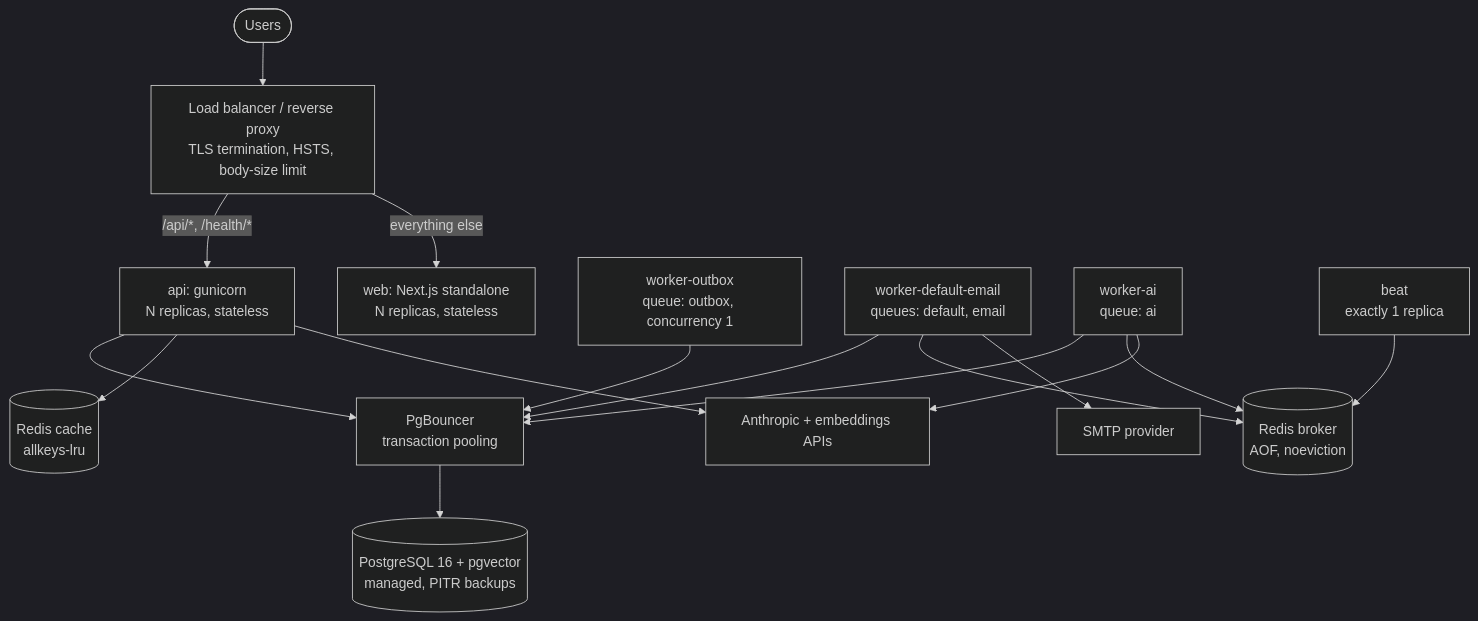
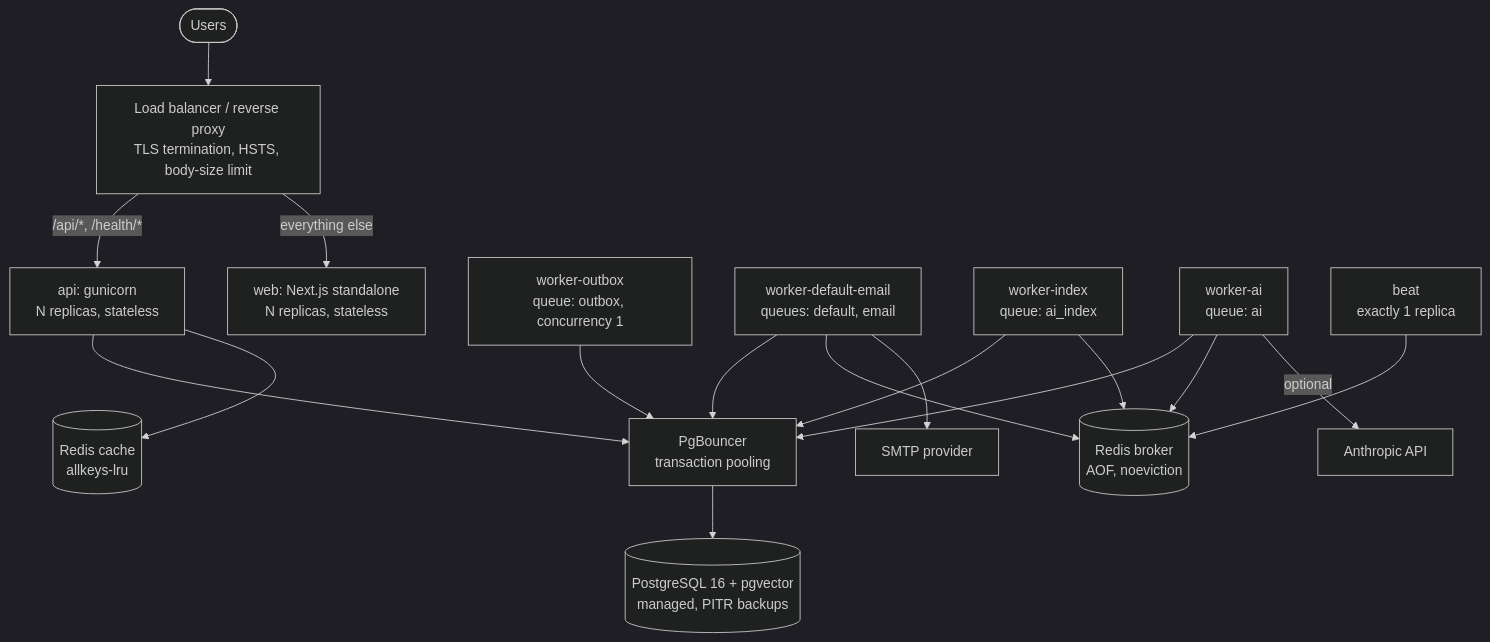
The diagram in docs/deployment.md (Aman03305/Arkray-CRM), drawn with Mermaid (dark theme) before and after one commit. The commit also changed other lines of this file and 267 other files, not shown here.

````diff
--- a/docs/deployment.md
+++ b/docs/deployment.md
@@ -10,17 +14,17 @@
 ```mermaid
 flowchart TB
     U([Users]) --> LB[Load balancer / reverse proxy<br/>TLS termination, HSTS, body-size limit]
     LB -->|/api/*, /health/*| API[api: gunicorn<br/>N replicas, stateless]
     LB -->|everything else| WEB[web: Next.js standalone<br/>N replicas, stateless]
     API --> PGB[PgBouncer<br/>transaction pooling]
     WK0[worker-outbox<br/>queue: outbox, concurrency 1] --> PGB
     WK1[worker-default-email<br/>queues: default, email] --> PGB
+    WK3[worker-index<br/>queue: ai_index] --> PGB
     WK2[worker-ai<br/>queue: ai] --> PGB
     BEAT[beat<br/>exactly 1 replica] --> BR
     PGB --> PG[(PostgreSQL 16 + pgvector<br/>managed, PITR backups)]
     API --> RC[(Redis cache<br/>allkeys-lru)]
-    WK1 & WK2 --> BR[(Redis broker<br/>AOF, noeviction)]
+    WK1 & WK2 & WK3 --> BR[(Redis broker<br/>AOF, noeviction)]
     WK1 --> SMTP[SMTP provider]
-    WK2 --> AIP[Anthropic + embeddings APIs]
-    API --> AIP
+    WK2 -->|optional| AIP[Anthropic API]
 ```
````
